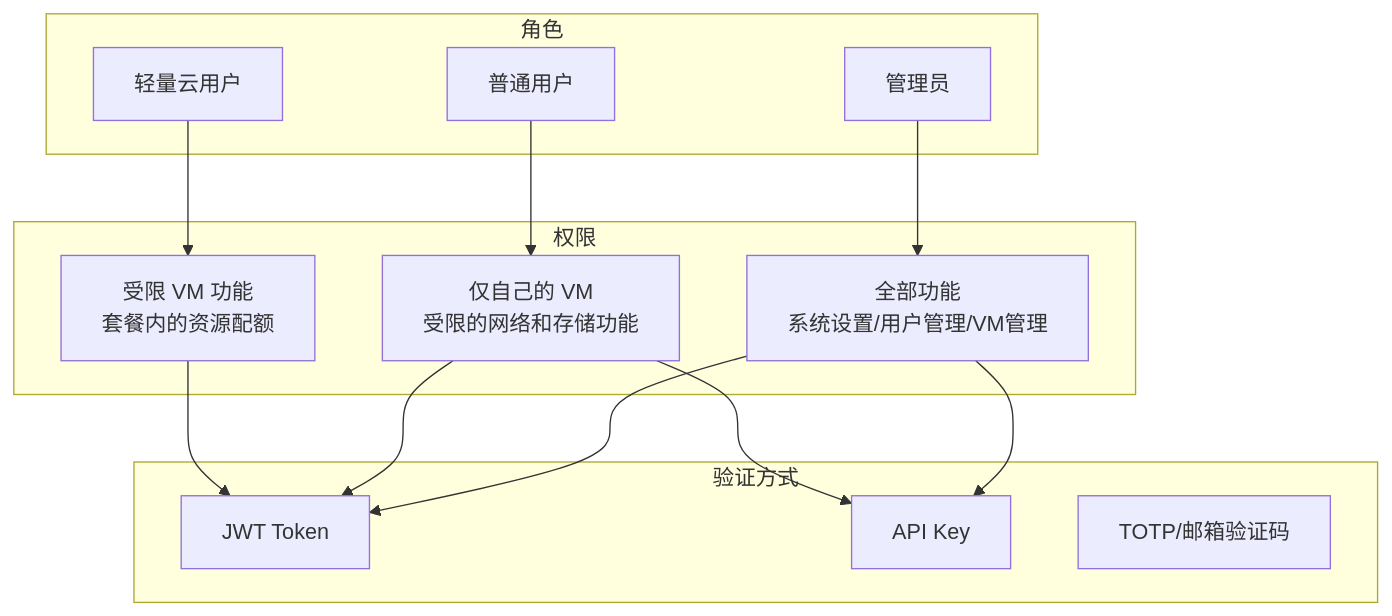
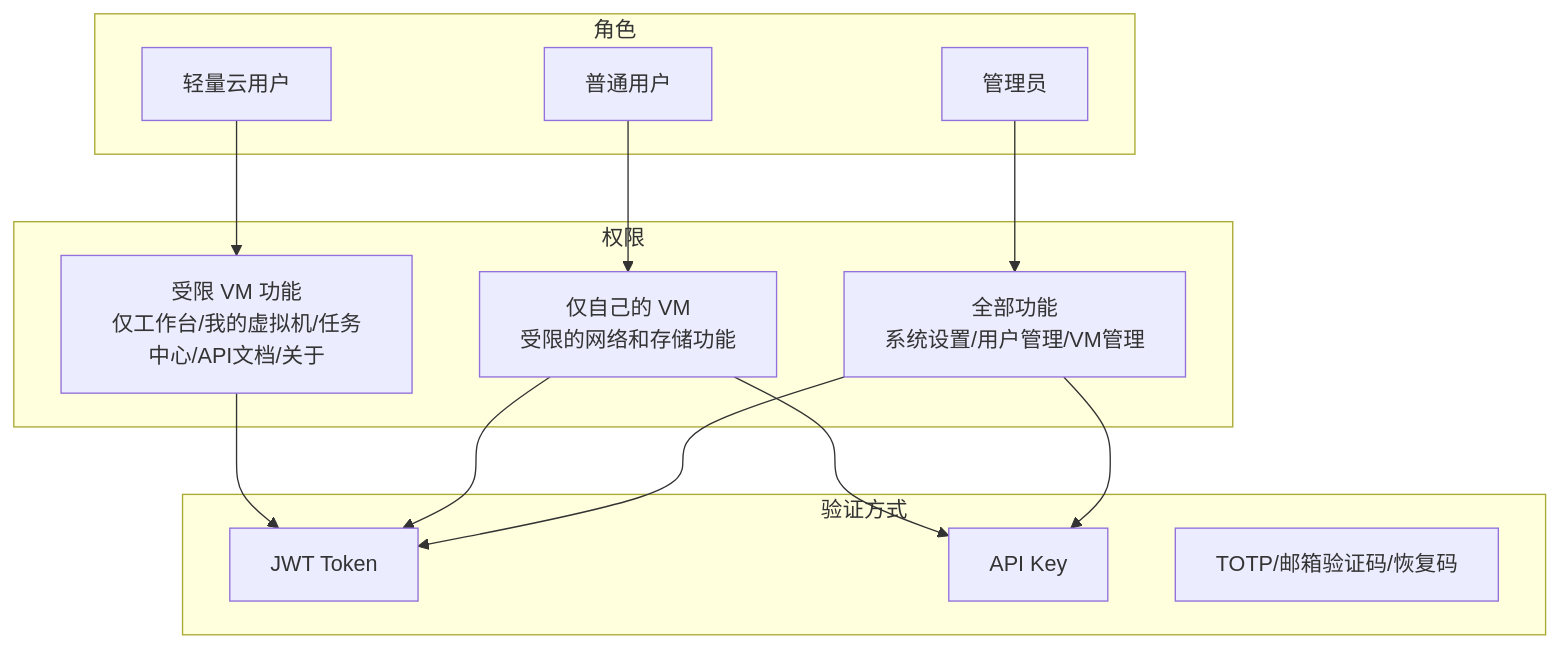
Before and after one commit to QVMConsole/docs: diagram 16 of 18 in docs/feature-analysis/qvmconsole-architecture.mdx, drawn with Mermaid. The commit also changed other lines of this file and 37 other files, not shown here.

````diff
--- a/docs/feature-analysis/qvmconsole-architecture.mdx
+++ b/docs/feature-analysis/qvmconsole-architecture.mdx
@@ -756,30 +854,30 @@
 ```mermaid
 graph TB
     subgraph 角色
         Admin[管理员]
         User[普通用户]
         Lightweight[轻量云用户]
     end
-    
+
     subgraph 权限
         AllAccess[全部功能<br/>系统设置/用户管理/VM管理]
         VMOwned[仅自己的 VM<br/>受限的网络和存储功能]
-        LimitedVM[受限 VM 功能<br/>套餐内的资源配额]
+        LimitedVM[受限 VM 功能<br/>仅工作台/我的虚拟机/任务中心/API文档/关于]
     end
-    
+
     subgraph 验证方式
         JWT[JWT Token]
         APIKey[API Key]
-        TOTP[TOTP/邮箱验证码]
+        TOTP[TOTP/邮箱验证码/恢复码]
     end
-    
+
     Admin --> AllAccess
     User --> VMOwned
     Lightweight --> LimitedVM
-    
+
     AllAccess --> JWT
     AllAccess --> APIKey
     VMOwned --> JWT
     VMOwned --> APIKey
     LimitedVM --> JWT
 ```
````
